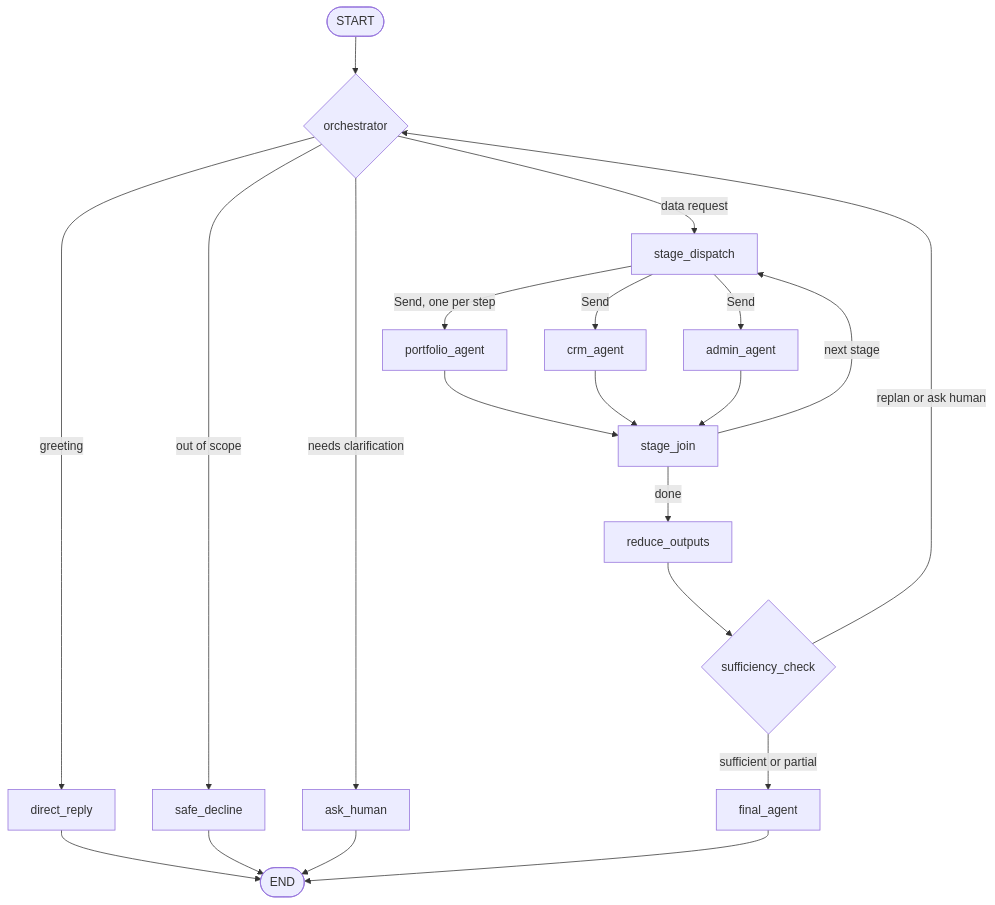
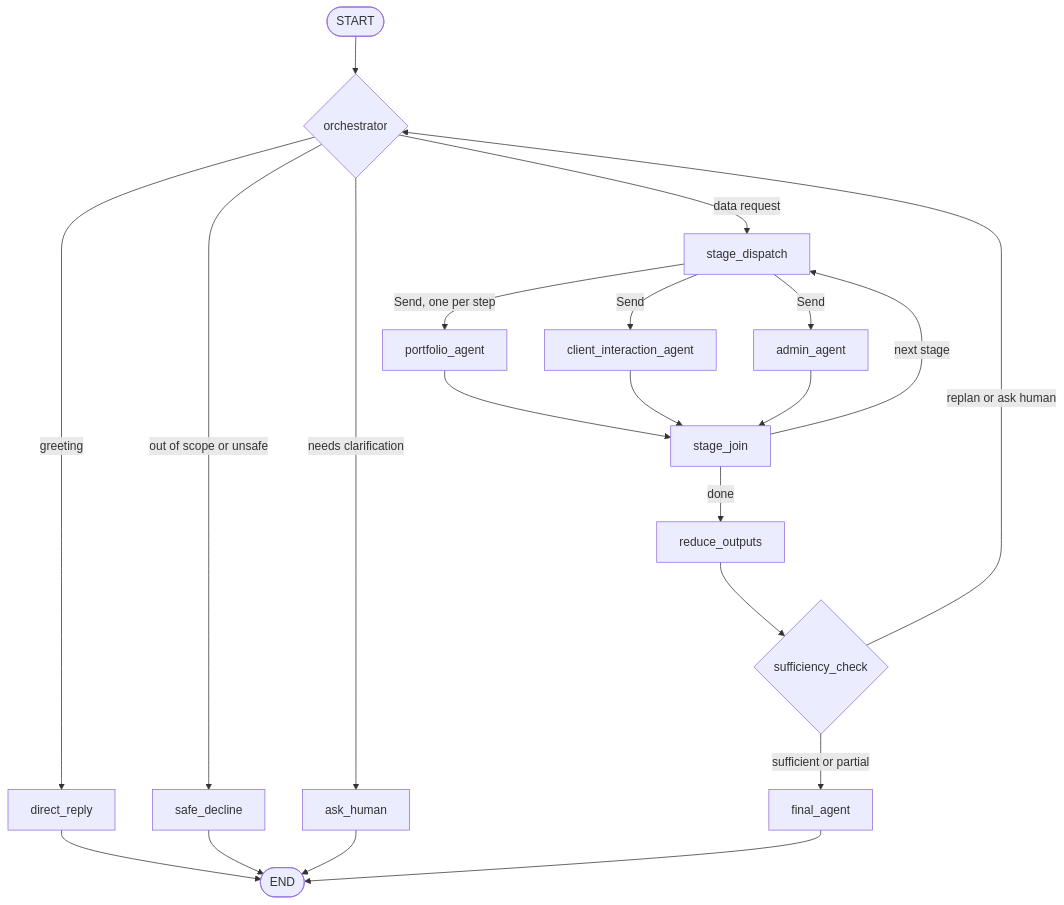
The diagram in arch.mmd (ravurumanoj/rm-agent), drawn with Mermaid before and after one commit. The commit also changed 92 other files, not shown here.

```diff
--- a/arch.mmd
+++ b/arch.mmd
@@ -1,16 +1,16 @@
 flowchart TD
     S([START]) --> O{orchestrator}
     O -->|greeting| DR[direct_reply] --> E([END])
-    O -->|out of scope| SD[safe_decline] --> E
+    O -->|out of scope or unsafe| SD[safe_decline] --> E
     O -->|needs clarification| AH[ask_human] --> E
     O -->|data request| SDP[stage_dispatch]
     SDP -->|Send, one per step| PA[portfolio_agent]
-    SDP -->|Send| CA[crm_agent]
+    SDP -->|Send| CA[client_interaction_agent]
     SDP -->|Send| AA[admin_agent]
     PA --> SJ[stage_join]
     CA --> SJ
     AA --> SJ
     SJ -->|next stage| SDP
     SJ -->|done| R[reduce_outputs] --> SU{sufficiency_check}
     SU -->|replan or ask human| O
     SU -->|sufficient or partial| F[final_agent] --> E
```
